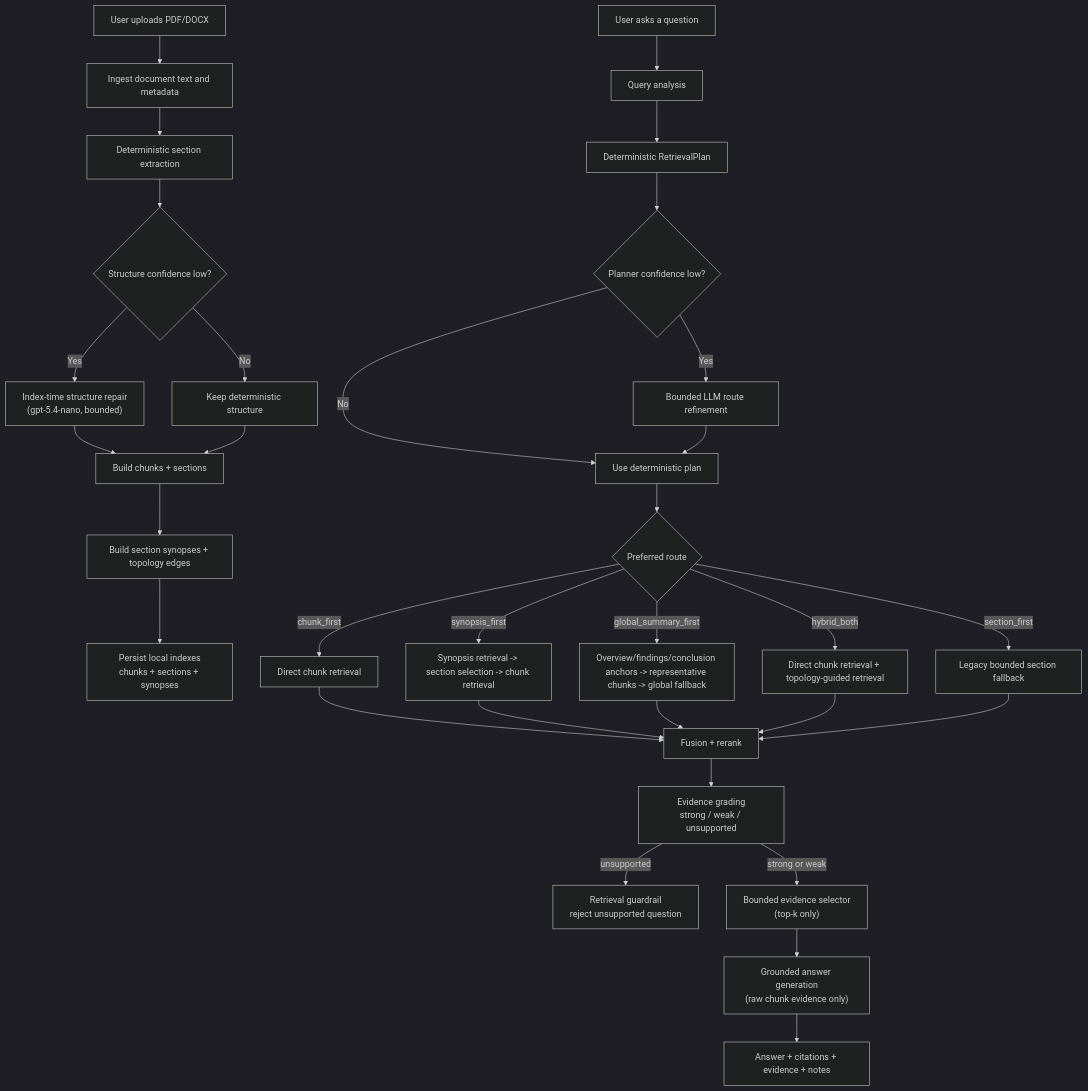
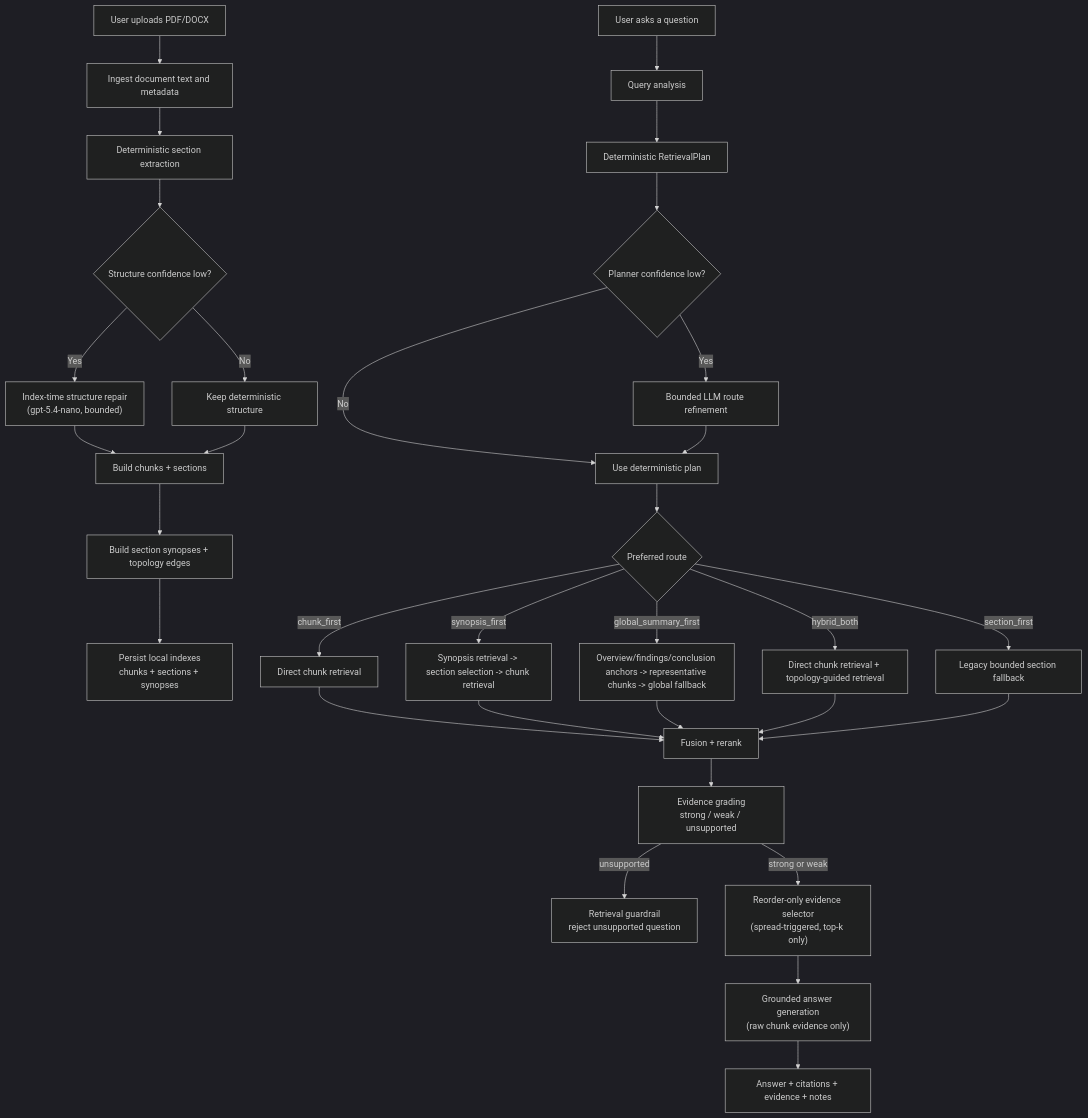
One commit to LEANDERANTONY/HelpmateAI_RAG_QA_System changed the diagram in docs/architecture-flow.md. Above: the diagram before and after it, drawn with Mermaid (dark theme). The commit also changed other lines of this file and 11 other files, not shown here.

````diff
--- a/docs/architecture-flow.md
+++ b/docs/architecture-flow.md
@@ -13,38 +13,38 @@
 ```mermaid
 flowchart TD
     A["User uploads PDF/DOCX"] --> B["Ingest document text and metadata"]
     B --> C["Deterministic section extraction"]
     C --> D{"Structure confidence low?"}
     D -->|Yes| E["Index-time structure repair\n(gpt-5.4-nano, bounded)"]
     D -->|No| F["Keep deterministic structure"]
     E --> G["Build chunks + sections"]
     F --> G
     G --> H["Build section synopses + topology edges"]
     H --> I["Persist local indexes\nchunks + sections + synopses"]
 
     J["User asks a question"] --> K["Query analysis"]
     K --> L["Deterministic RetrievalPlan"]
     L --> M{"Planner confidence low?"}
     M -->|Yes| N["Bounded LLM route refinement"]
     M -->|No| O["Use deterministic plan"]
     N --> O
 
     O --> P{"Preferred route"}
     P -->|chunk_first| Q["Direct chunk retrieval"]
     P -->|synopsis_first| R["Synopsis retrieval -> section selection -> chunk retrieval"]
     P -->|global_summary_first| S["Overview/findings/conclusion anchors -> representative chunks -> global fallback"]
     P -->|hybrid_both| T["Direct chunk retrieval + topology-guided retrieval"]
     P -->|section_first| U["Legacy bounded section fallback"]
 
     Q --> V["Fusion + rerank"]
     R --> V
     S --> V
     T --> V
     U --> V
 
     V --> W["Evidence grading\nstrong / weak / unsupported"]
     W -->|unsupported| X["Retrieval guardrail\nreject unsupported question"]
-    W -->|strong or weak| Y["Bounded evidence selector\n(top-k only)"]
+    W -->|strong or weak| Y["Reorder-only evidence selector\n(spread-triggered, top-k only)"]
     Y --> Z["Grounded answer generation\n(raw chunk evidence only)"]
     Z --> AA["Answer + citations + evidence + notes"]
 ```
````
